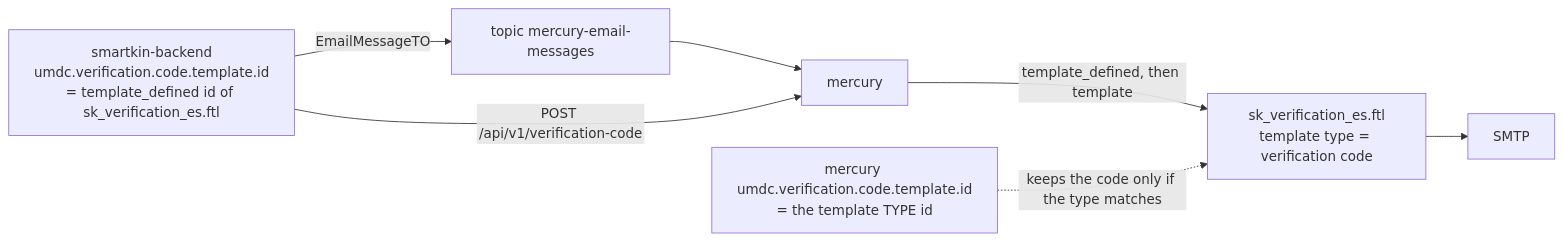
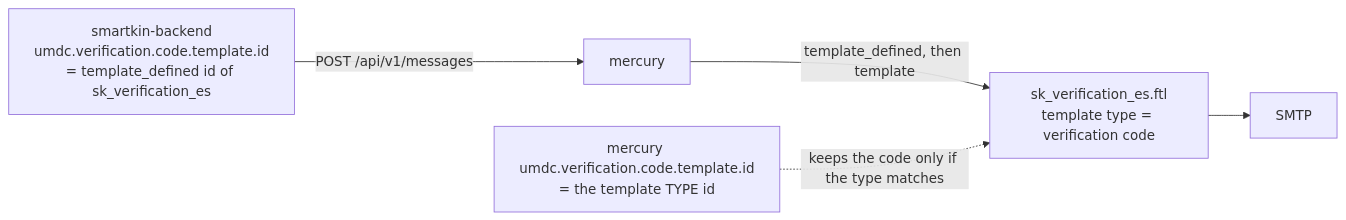
Before and after one commit to um-dev-creative/smartkin-backend: the seventh of 23 diagrams in docs/TECHNICAL_GUIDE.md, drawn with Mermaid. The commit also changed other lines of this file and 34 other files, not shown here.

First line of the commit message:
feat(mercury): send notifications over mercury's HTTP API, not Kafka, and activate the user on a right code

````diff
--- a/docs/TECHNICAL_GUIDE.md
+++ b/docs/TECHNICAL_GUIDE.md
@@ -249,9 +284,7 @@
 ```mermaid
 flowchart LR
-    S["smartkin-backend<br/>umdc.verification.code.template.id<br/>= template_defined id of sk_verification_es.ftl"] -->|EmailMessageTO| T[topic mercury-email-messages]
-    T --> M[mercury]
+    S["smartkin-backend<br/>umdc.verification.code.template.id<br/>= template_defined id of sk_verification_es"] -->|POST /api/v1/messages| M[mercury]
     M -->|template_defined, then template| F["sk_verification_es.ftl<br/>template type = verification code"]
     C["mercury umdc.verification.code.template.id<br/>= the template TYPE id"] -.->|keeps the code only if the type matches| F
     F --> E[SMTP]
-    S -->|POST /api/v1/verification-code| M
 ```
````
